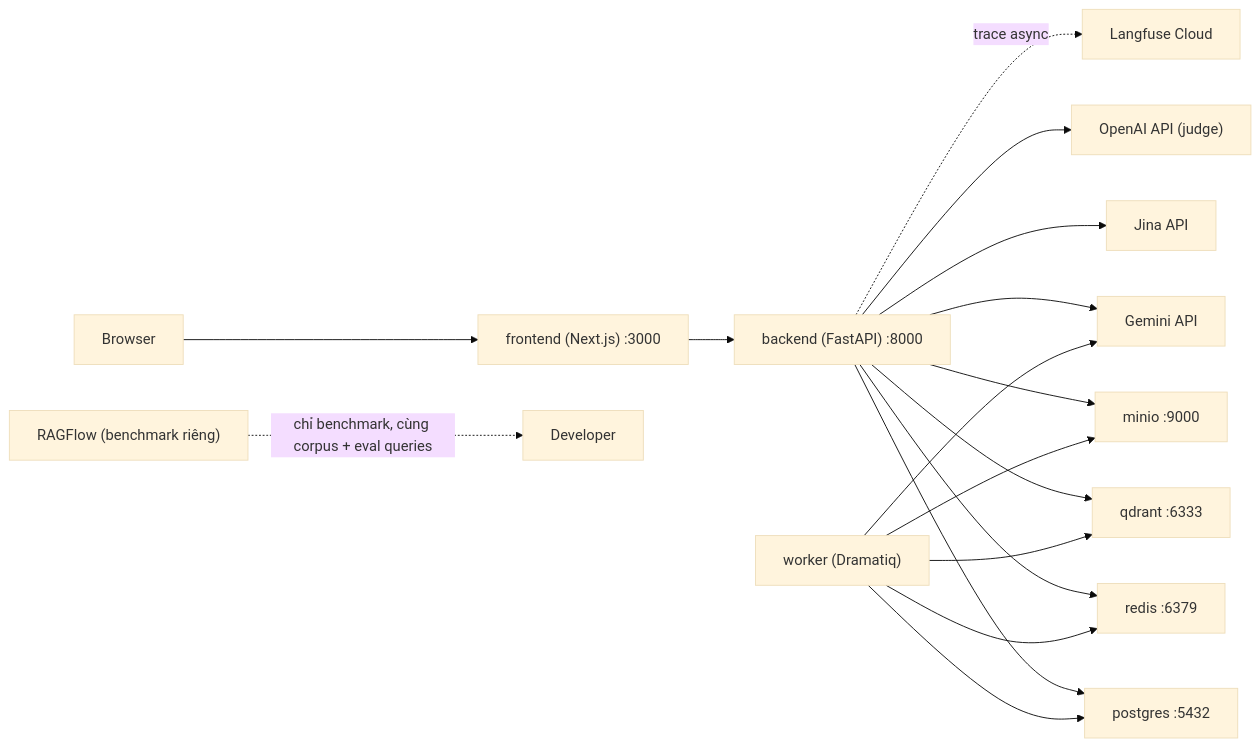
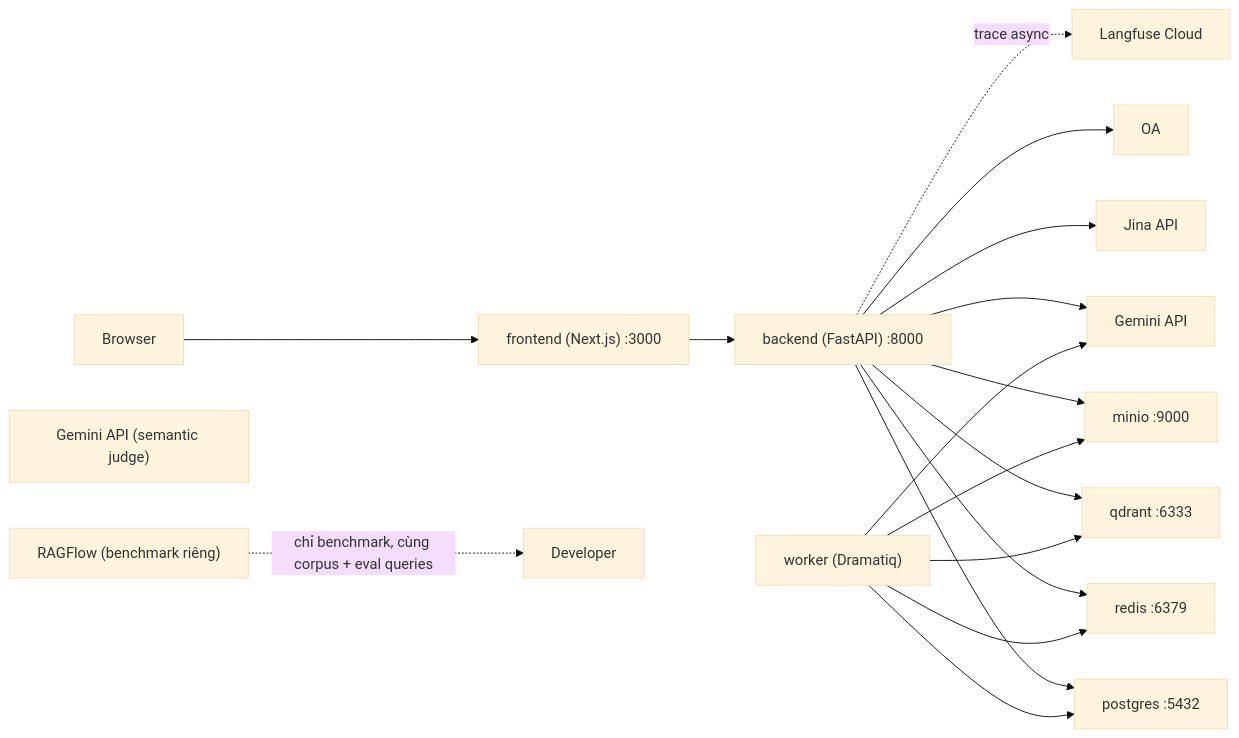
Before and after one commit to PhucTruong-ctrl/vn-traffic-law-RAG: the diagram in docs/07-deployment.md, drawn with Mermaid (base theme). The commit also changed other lines of this file and 25 other files, not shown here.

````diff
--- a/docs/07-deployment.md
+++ b/docs/07-deployment.md
@@ -104,34 +102,34 @@
 ```mermaid
 graph LR
     B["Browser"]
     FE["frontend (Next.js) :3000"]
     API["backend (FastAPI) :8000"]
     WK["worker (Dramatiq)"]
     PG["postgres :5432"]
     QD["qdrant :6333"]
     RD["redis :6379"]
     MO["minio :9000"]
     LF["Langfuse Cloud"]
     GEN["Gemini API"]
     JN["Jina API"]
-    OA["OpenAI API (judge)"]
+    GEMJ["Gemini API (semantic judge)"]
     RAGF["RAGFlow (benchmark riêng)"]
 
     B --> FE
     FE --> API
     API --> PG
     API --> QD
     API --> RD
     API --> MO
     WK --> RD
     WK --> PG
     WK --> QD
     WK --> MO
     API --> GEN
     API --> JN
     WK --> GEN
     API --> OA
     API -. "trace async" .-> LF
     RAGF -. "chỉ benchmark, cùng corpus + eval queries" .-> DEV
     DEV["Developer"]
 ```
````
